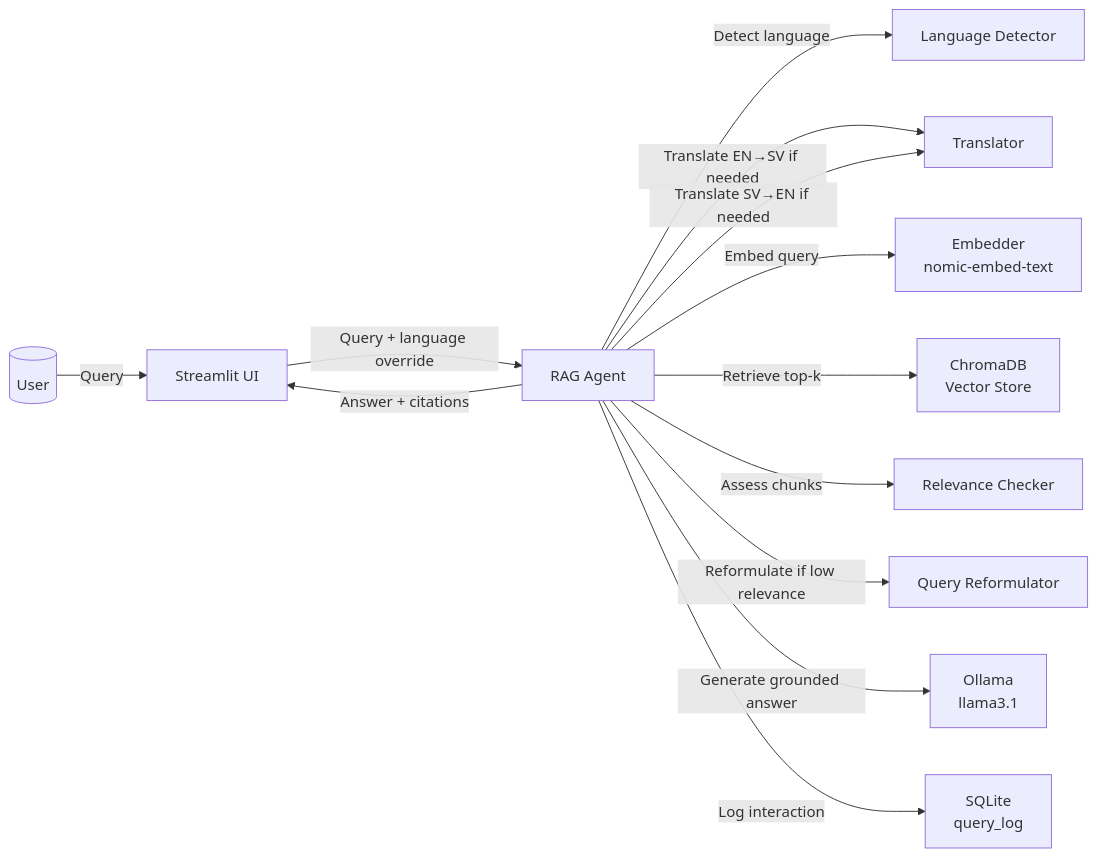
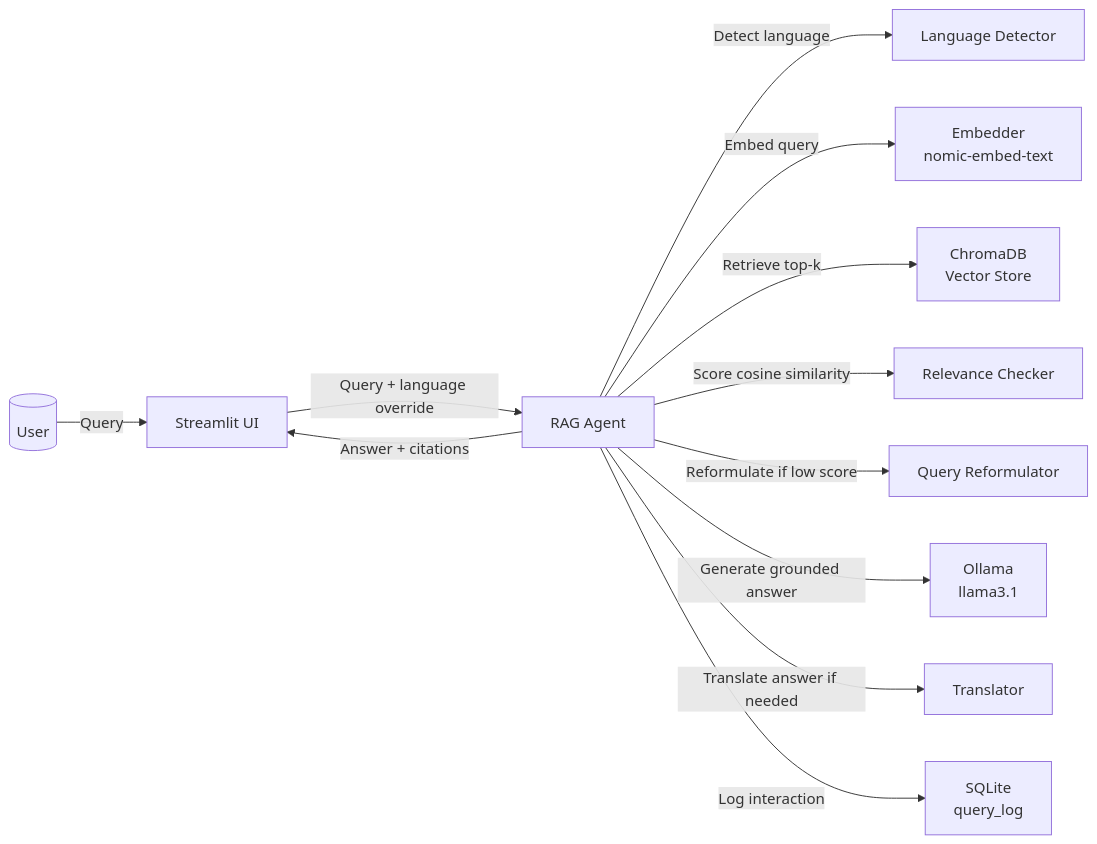
Before and after one commit to KunD17/migrationsverket_RAG: the diagram in README.md, drawn with Mermaid. The commit also changed other lines of this file, not shown here.

````diff
--- a/README.md
+++ b/README.md
@@ -7,15 +11,14 @@
 ```mermaid
 flowchart LR
     User[(User)] -->|Query| UI[Streamlit UI]
     UI -->|Query + language override| Agent[RAG Agent]
     Agent -->|Detect language| Detector[Language Detector]
-    Agent -->|Translate EN→SV if needed| Translator[Translator]
     Agent -->|Embed query| Embedder[Embedder\nnomic-embed-text]
     Agent -->|Retrieve top-k| VectorStore[ChromaDB\nVector Store]
-    Agent -->|Assess chunks| Relevance[Relevance Checker]
-    Agent -->|Reformulate if low relevance| Reformulator[Query Reformulator]
+    Agent -->|Score cosine similarity| Relevance[Relevance Checker]
+    Agent -->|Reformulate if low score| Reformulator[Query Reformulator]
     Agent -->|Generate grounded answer| LLM[Ollama\nllama3.1]
-    Agent -->|Translate SV→EN if needed| Translator
+    Agent -->|Translate answer if needed| Translator[Translator]
     Agent -->|Log interaction| Logger[SQLite\nquery_log]
     Agent -->|Answer + citations| UI
 ```
````
